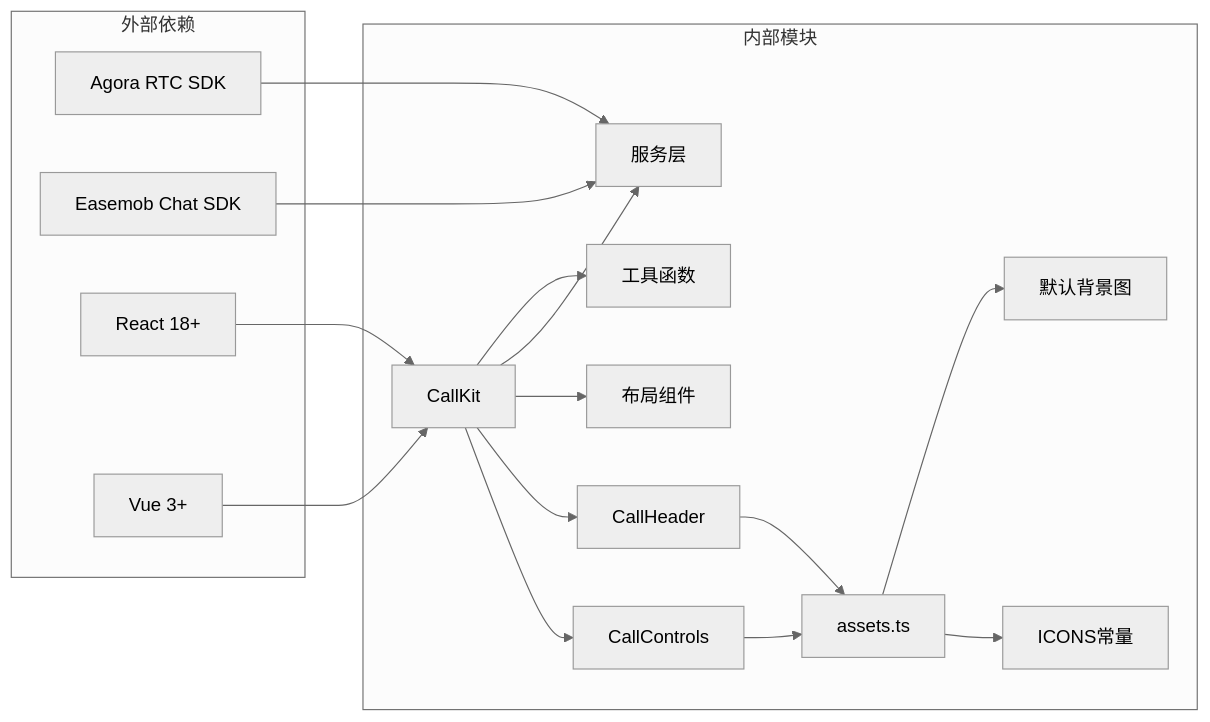
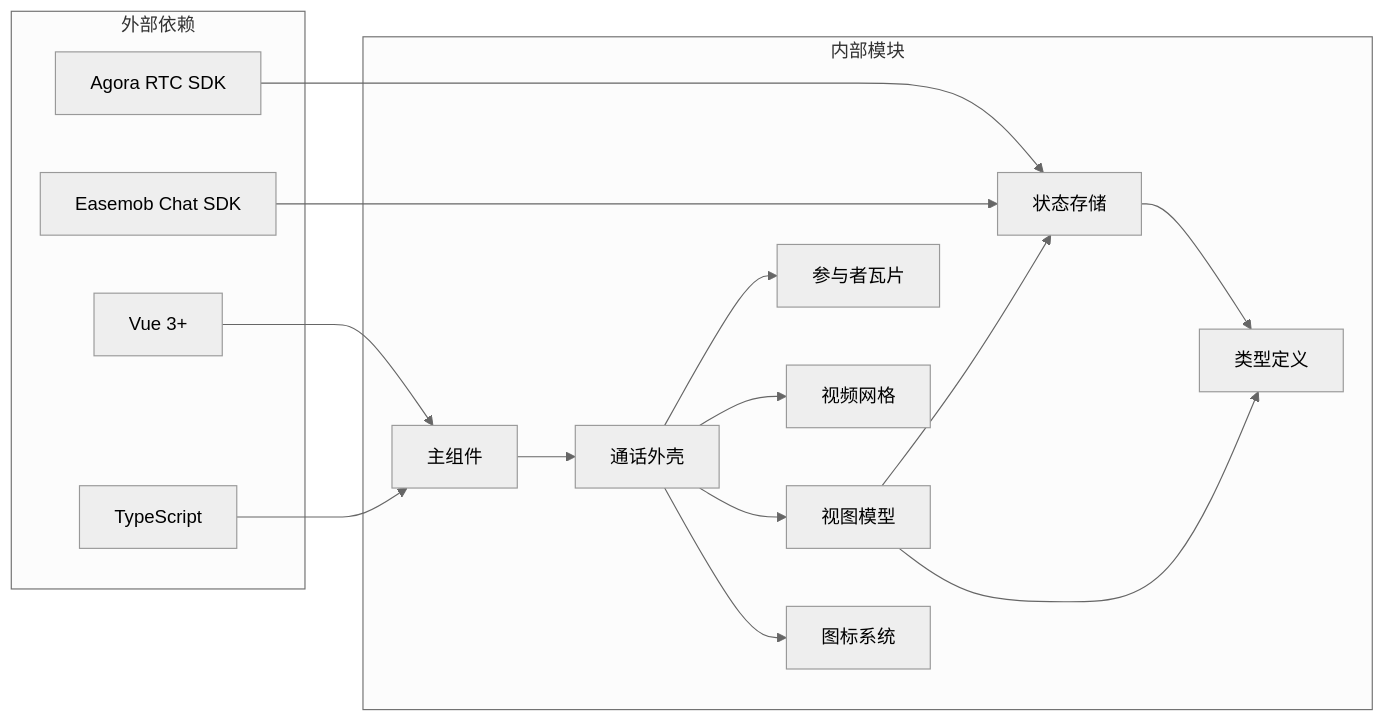
The third of 3 diagrams in .qoder/repowiki/zh/content/核心组件/群组通话组件/群组通话组件.md (Easemob-Community/easemob-uikit-callkit-vue3), drawn with Mermaid (neutral theme) before and after one commit. The commit also changed other lines of this file and 40 other files, not shown here.

````diff
--- a/.qoder/repowiki/zh/content/核心组件/群组通话组件/群组通话组件.md
+++ b/.qoder/repowiki/zh/content/核心组件/群组通话组件/群组通话组件.md
@@ -511,33 +383,31 @@
 ```mermaid
 graph LR
 subgraph "外部依赖"
 Agora[Agora RTC SDK]
 Easemob[Easemob Chat SDK]
-React[React 18+]
 Vue[Vue 3+]
+Typescript[TypeScript]
 end
 subgraph "内部模块"
-CallKit[CallKit]
-CallControls[CallControls]
-CallHeader[CallHeader]
-Layouts[布局组件]
-Services[服务层]
-Utils[工具函数]
-Assets[assets.ts]
-ICONS[ICONS常量]
-DEFAULT_BACKGROUND_IMAGE[默认背景图]
+EasemobChatMultiCall[主组件]
+GroupCallShell[通话外壳]
+ParticipantTile[参与者瓦片]
+VideoGrid[视频网格]
+ViewModel[视图模型]
+Stores[状态存储]
+Icons[图标系统]
+Types[类型定义]
 end
-Agora --> Services
-Easemob --> Services
-React --> CallKit
-Vue --> CallKit
-CallKit --> CallControls
-CallKit --> CallHeader
-CallKit --> Layouts
-CallKit --> Services
-CallKit --> Utils
-CallControls --> Assets
-CallHeader --> Assets
-Assets --> ICONS
-Assets --> DEFAULT_BACKGROUND_IMAGE
+Easemob --> Stores
+Agora --> Stores
+Vue --> EasemobChatMultiCall
+Typescript --> EasemobChatMultiCall
+EasemobChatMultiCall --> GroupCallShell
+GroupCallShell --> ParticipantTile
+GroupCallShell --> VideoGrid
+GroupCallShell --> ViewModel
+GroupCallShell --> Icons
+ViewModel --> Stores
+ViewModel --> Types
+Stores --> Types
 ```
````
